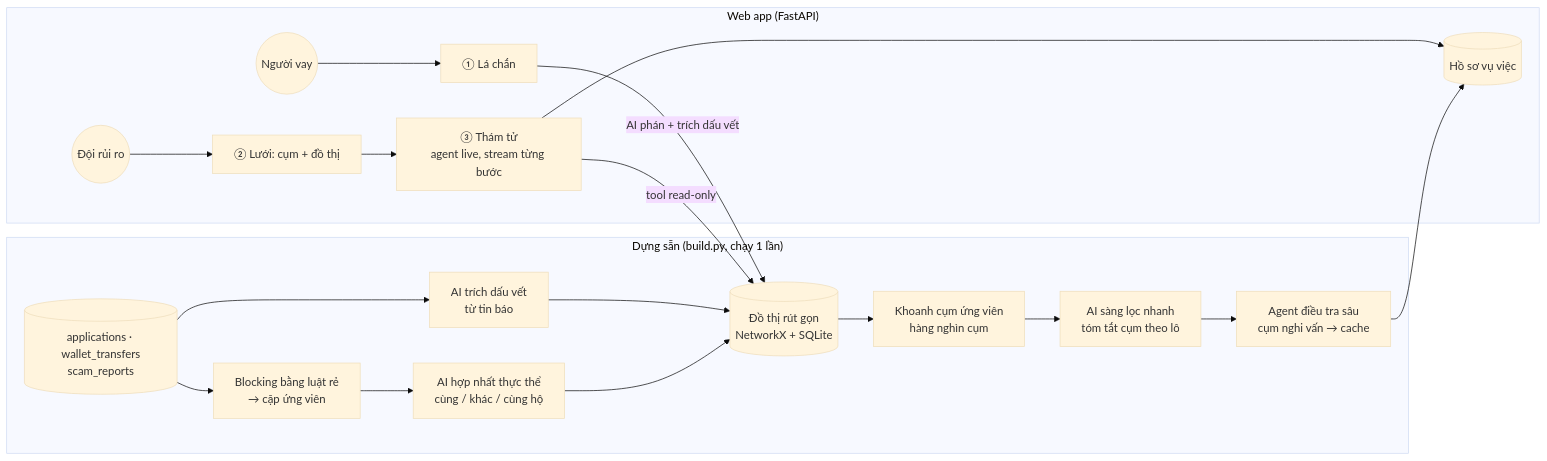
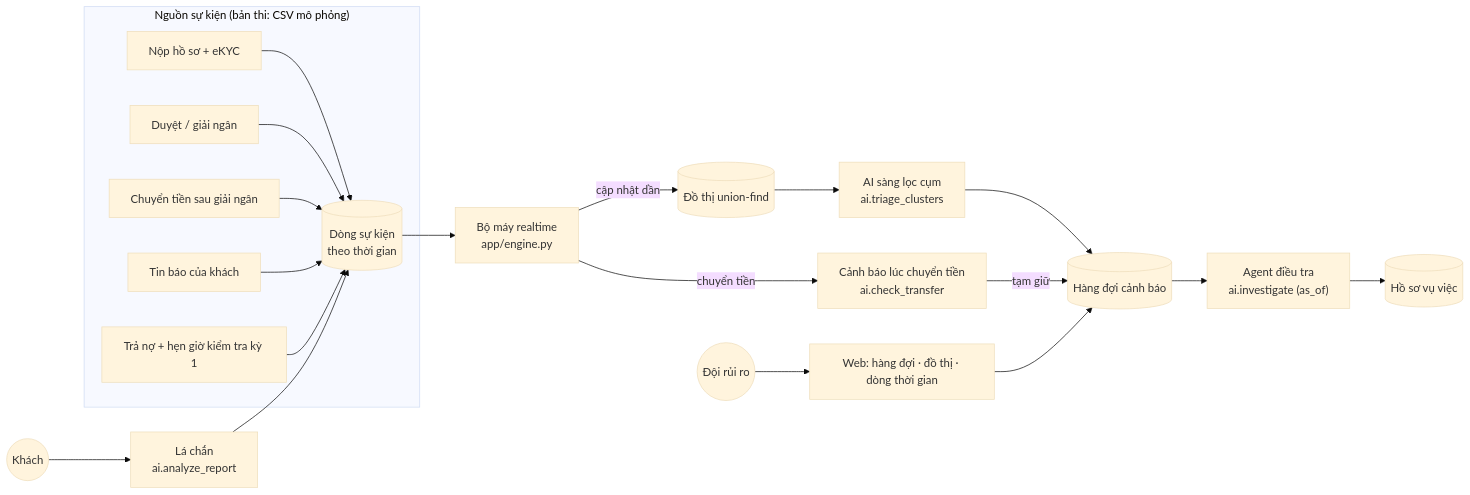
One commit to dungvnu123/Momo_Tech changed the diagram in docs/system_design.md. Above: the diagram before and after it, drawn with Mermaid (base theme). The commit also changed other lines of this file and 16 other files, not shown here.

First line of the commit message:
feat(security): đăng nhập + giới hạn lượt gọi + header bảo mật; cập nhật tài liệu thiết kế và bản Word

````diff
--- a/docs/system_design.md
+++ b/docs/system_design.md
@@ -35,23 +30,21 @@
 ```mermaid
 flowchart LR
-  subgraph Offline["Dựng sẵn (build.py, chạy 1 lần)"]
-    CSV[(applications · wallet_transfers<br/>scam_reports)] --> EX[AI trích dấu vết<br/>từ tin báo]
-    CSV --> BL[Blocking bằng luật rẻ<br/>→ cặp ứng viên]
-    BL --> ER[AI hợp nhất thực thể<br/>cùng / khác / cùng hộ]
-    EX --> G[(Đồ thị rút gọn<br/>NetworkX + SQLite)]
-    ER --> G
-    G --> CL[Khoanh cụm ứng viên<br/>hàng nghìn cụm]
-    CL --> TR[AI sàng lọc nhanh<br/>tóm tắt cụm theo lô]
-    TR --> AG0[Agent điều tra sâu<br/>cụm nghi vấn → cache]
+  subgraph SRC["Nguồn sự kiện (bản thi: CSV mô phỏng)"]
+    A1[Nộp hồ sơ + eKYC] --> EV
+    A2[Duyệt / giải ngân] --> EV
+    A3[Chuyển tiền sau giải ngân] --> EV
+    A4[Tin báo của khách] --> EV
+    A5[Trả nợ + hẹn giờ kiểm tra kỳ 1] --> EV
+    EV[(Dòng sự kiện<br/>theo thời gian)]
   end
-
-  subgraph Online["Web app (FastAPI)"]
-    U1((Người vay)) --> SH[① Lá chắn]
-    SH -->|AI phán + trích dấu vết| G
-    U2((Đội rủi ro)) --> UI[② Lưới: cụm + đồ thị]
-    UI --> AG[③ Thám tử<br/>agent live, stream từng bước]
-    AG -->|tool read-only| G
-    AG --> CASE[(Hồ sơ vụ việc)]
-  end
-  AG0 --> CASE
+  EV --> ENG["Bộ máy realtime<br/>app/engine.py"]
+  ENG -->|chuyển tiền| TC["Cảnh báo lúc chuyển tiền<br/>ai.check_transfer"]
+  ENG -->|cập nhật dần| G[(Đồ thị union-find)]
+  G --> TR["AI sàng lọc cụm<br/>ai.triage_clusters"]
+  TR --> Q[(Hàng đợi cảnh báo)]
+  TC -->|tạm giữ| Q
+  Q --> INV["Agent điều tra<br/>ai.investigate (as_of)"]
+  INV --> CASE[(Hồ sơ vụ việc)]
+  U1((Khách)) --> SH["Lá chắn<br/>ai.analyze_report"] --> EV
+  U2((Đội rủi ro)) --> UI["Web: hàng đợi · đồ thị · dòng thời gian"] --> Q
 ```
````
